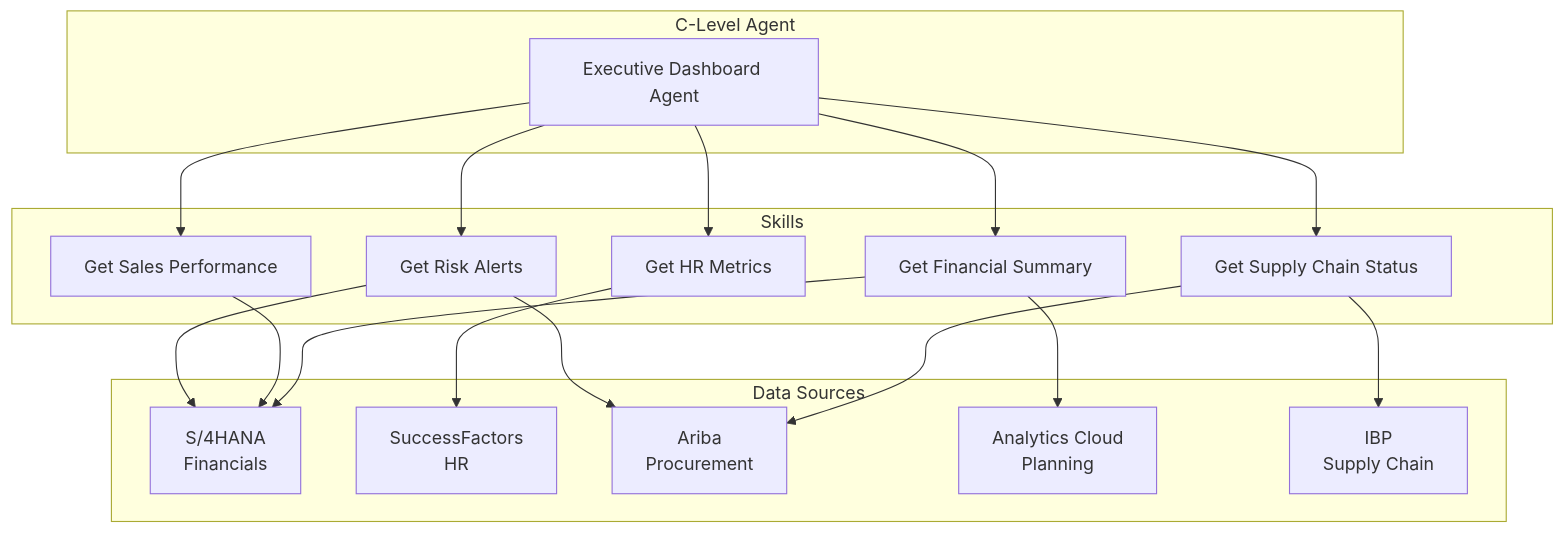
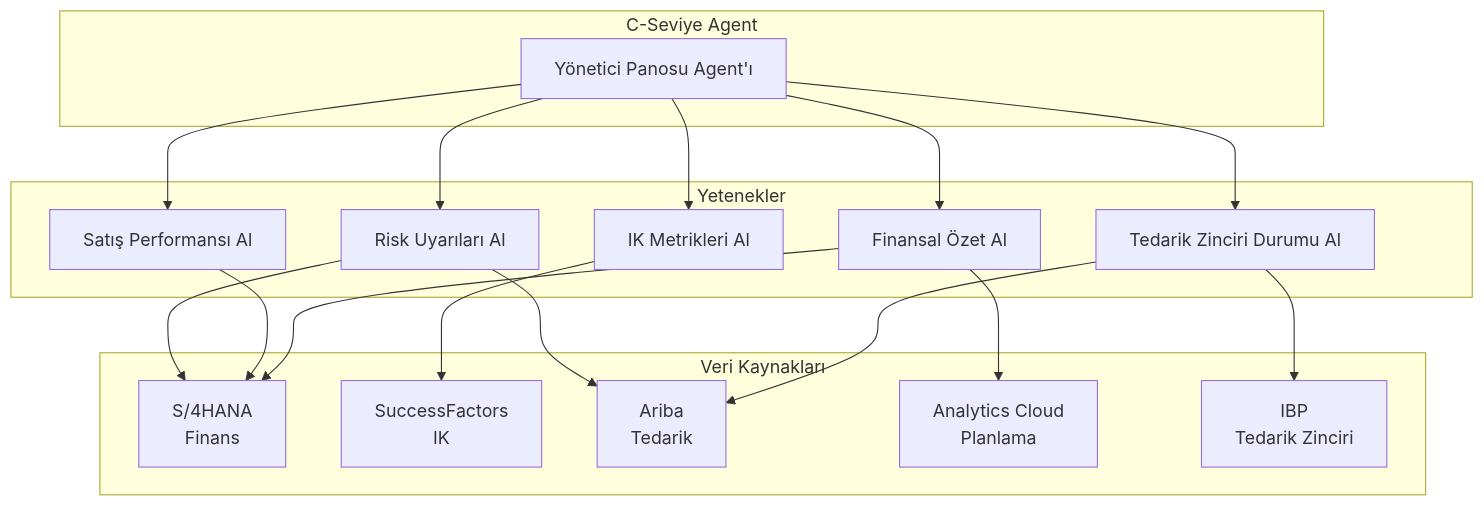
Before and after one commit to beyhanmeyrali/sap-all: the second of 7 diagrams in Technical Tutorials/BTP/TR/chapters/14-c-level-agents.md, drawn with Mermaid. The commit also changed other lines of this file and 11 other files, not shown here.

````diff
--- a/Technical Tutorials/BTP/TR/chapters/14-c-level-agents.md
+++ b/Technical Tutorials/BTP/TR/chapters/14-c-level-agents.md
@@ -50,37 +50,37 @@
 ```mermaid
 graph TD
-    subgraph "C-Level Agent"
-        AG[Executive Dashboard Agent]
+    subgraph "C-Seviye Agent"
+        AG[Yönetici Panosu Agent'ı]
     end
 
-    subgraph "Skills"
-        S1[Get Financial Summary]
-        S2[Get HR Metrics]
-        S3[Get Supply Chain Status]
-        S4[Get Sales Performance]
-        S5[Get Risk Alerts]
+    subgraph "Yetenekler"
+        S1[Finansal Özet Al]
+        S2[IK Metrikleri Al]
+        S3[Tedarik Zinciri Durumu Al]
+        S4[Satış Performansı Al]
+        S5[Risk Uyarıları Al]
     end
 
-    subgraph "Data Sources"
-        D1[S/4HANA<br/>Financials]
-        D2[SuccessFactors<br/>HR]
-        D3[Ariba<br/>Procurement]
-        D4[Analytics Cloud<br/>Planning]
-        D5[IBP<br/>Supply Chain]
+    subgraph "Veri Kaynakları"
+        D1[S/4HANA<br/>Finans]
+        D2[SuccessFactors<br/>IK]
+        D3[Ariba<br/>Tedarik]
+        D4[Analytics Cloud<br/>Planlama]
+        D5[IBP<br/>Tedarik Zinciri]
     end
 
     AG --> S1
     AG --> S2
     AG --> S3
     AG --> S4
     AG --> S5
 
     S1 --> D1
     S1 --> D4
     S2 --> D2
     S3 --> D3
     S3 --> D5
     S4 --> D1
     S5 --> D1
     S5 --> D3
 ```
````
